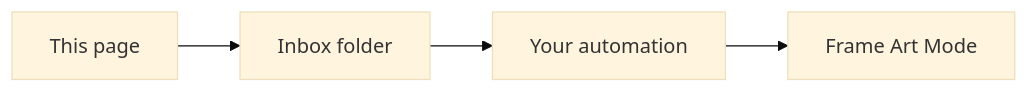
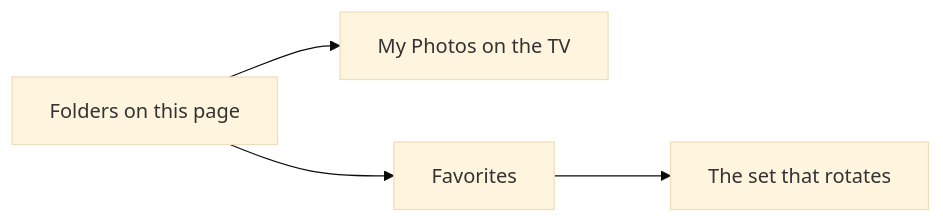
Before and after one commit to alexbbt/ha-frame-art: the diagram in README.md, drawn with Mermaid (base theme). The commit also changed other lines of this file and 14 other files, not shown here.

````diff
--- a/README.md
+++ b/README.md
@@ -30,6 +31,6 @@
 ```mermaid
 flowchart LR
-  PAGE[This page] --> INBOX[Inbox folder]
-  INBOX --> HA[Your automation]
-  HA --> TV[Frame Art Mode]
+  PAGE[Folders on this page] --> TV[My Photos on the TV]
+  PAGE --> FAV[Favorites]
+  FAV --> PLAY[The set that rotates]
 ```
````
